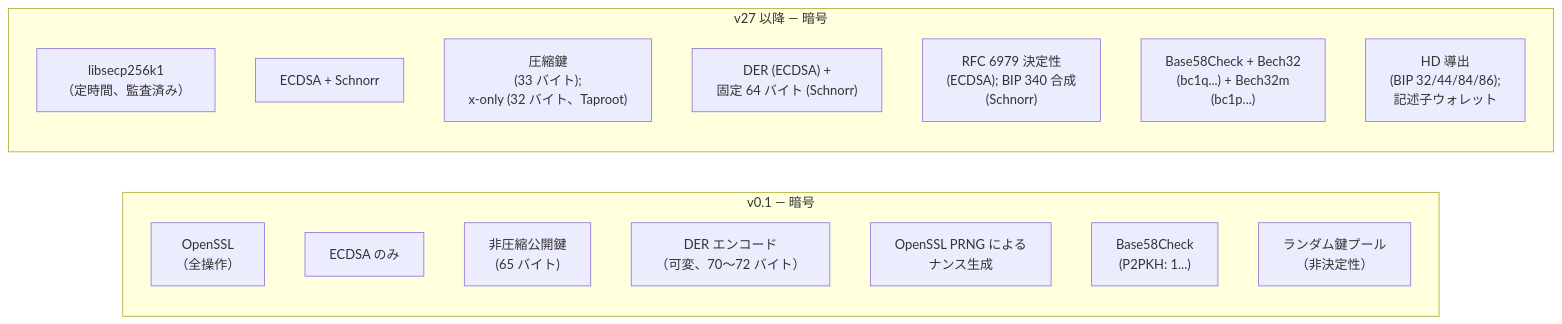
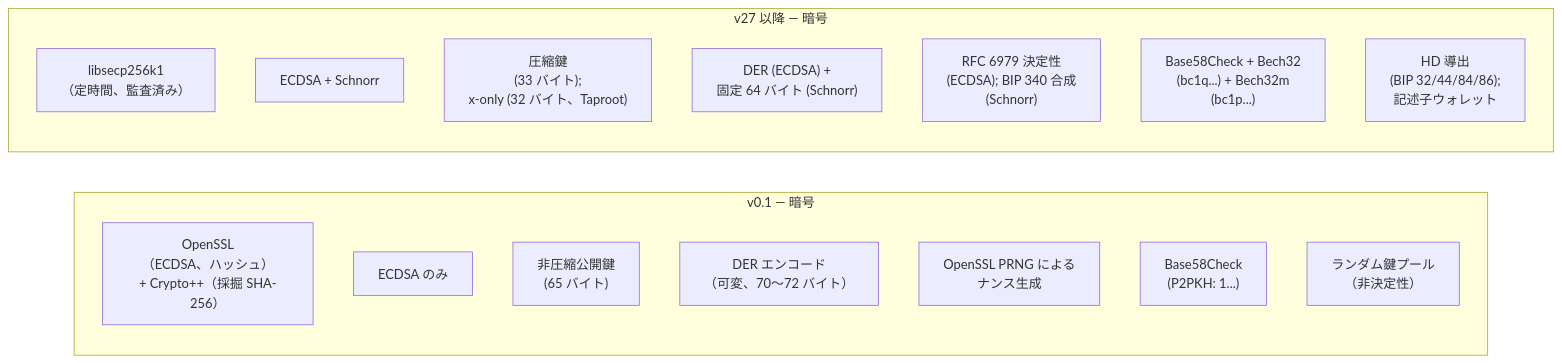
The seventh of 10 diagrams in src/data/translations/ja/design/2009-01-03-bitcoin-architecture-evolution.md (cypher256/BitcoinArchive), drawn with Mermaid before and after one commit. The commit also changed other lines of this file and 19 other files, not shown here.

````diff
--- a/src/data/translations/ja/design/2009-01-03-bitcoin-architecture-evolution.md
+++ b/src/data/translations/ja/design/2009-01-03-bitcoin-architecture-evolution.md
@@ -249,24 +249,24 @@
 ```mermaid
 flowchart LR
     subgraph V01_CRYPTO["v0.1 — 暗号"]
         direction TB
-        OPENSSL["OpenSSL<br/>（全操作）"]
+        OPENSSL["OpenSSL<br/>（ECDSA、ハッシュ）<br/>+ Crypto++（採掘 SHA-256）"]
         ECDSA_V0["ECDSA のみ"]
         UNCOMP["非圧縮公開鍵<br/>(65 バイト)"]
         DER_V0["DER エンコード<br/>（可変、70〜72 バイト）"]
         NONCE_V0["OpenSSL PRNG による<br/>ナンス生成"]
         ADDR_V0["Base58Check<br/>(P2PKH: 1...)"]
         KEY_V0["ランダム鍵プール<br/>（非決定性）"]
     end
 
     subgraph V27_CRYPTO["v27 以降 — 暗号"]
         direction TB
         LIBSECP["libsecp256k1<br/>（定時間、監査済み）"]
         SCHNORR["ECDSA + Schnorr"]
         COMP["圧縮鍵<br/>(33 バイト);<br/>x-only (32 バイト、Taproot)"]
         SIG_ENC["DER (ECDSA) +<br/>固定 64 バイト (Schnorr)"]
         NONCE_N["RFC 6979 決定性<br/>(ECDSA); BIP 340 合成<br/>(Schnorr)"]
         ADDR_N["Base58Check + Bech32<br/>(bc1q...) + Bech32m<br/>(bc1p...)"]
         KEY_N["HD 導出<br/>(BIP 32/44/84/86);<br/>記述子ウォレット"]
     end
 ```
````
